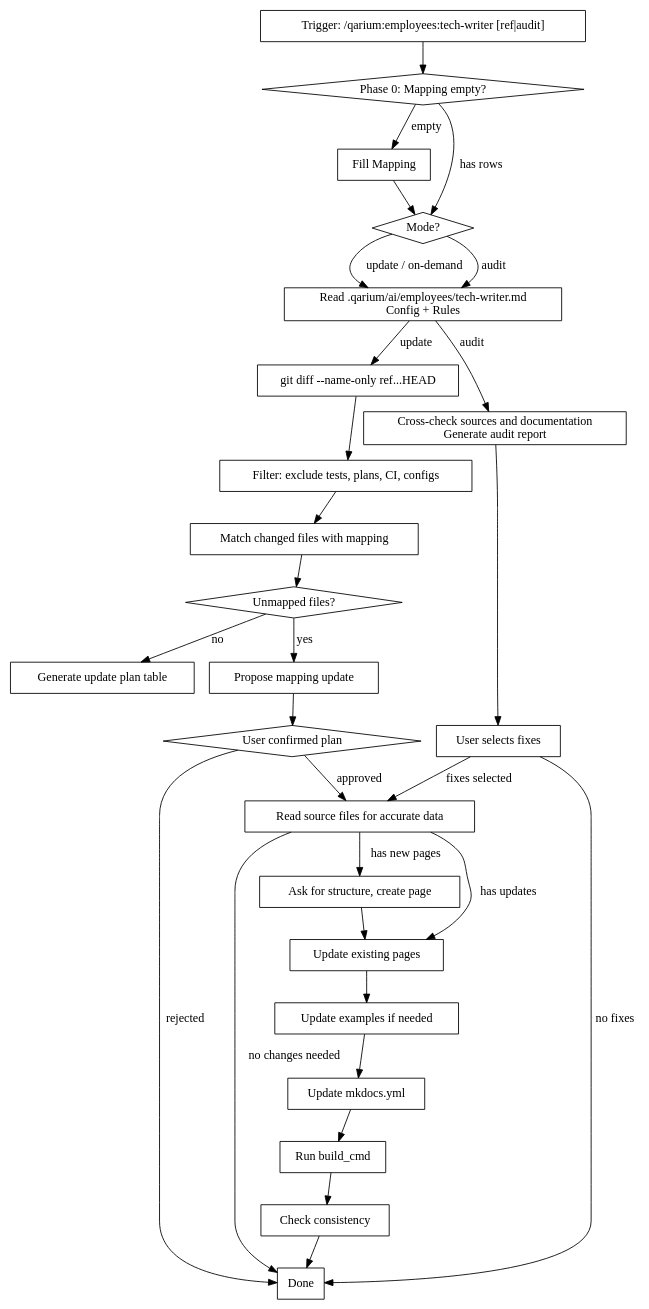
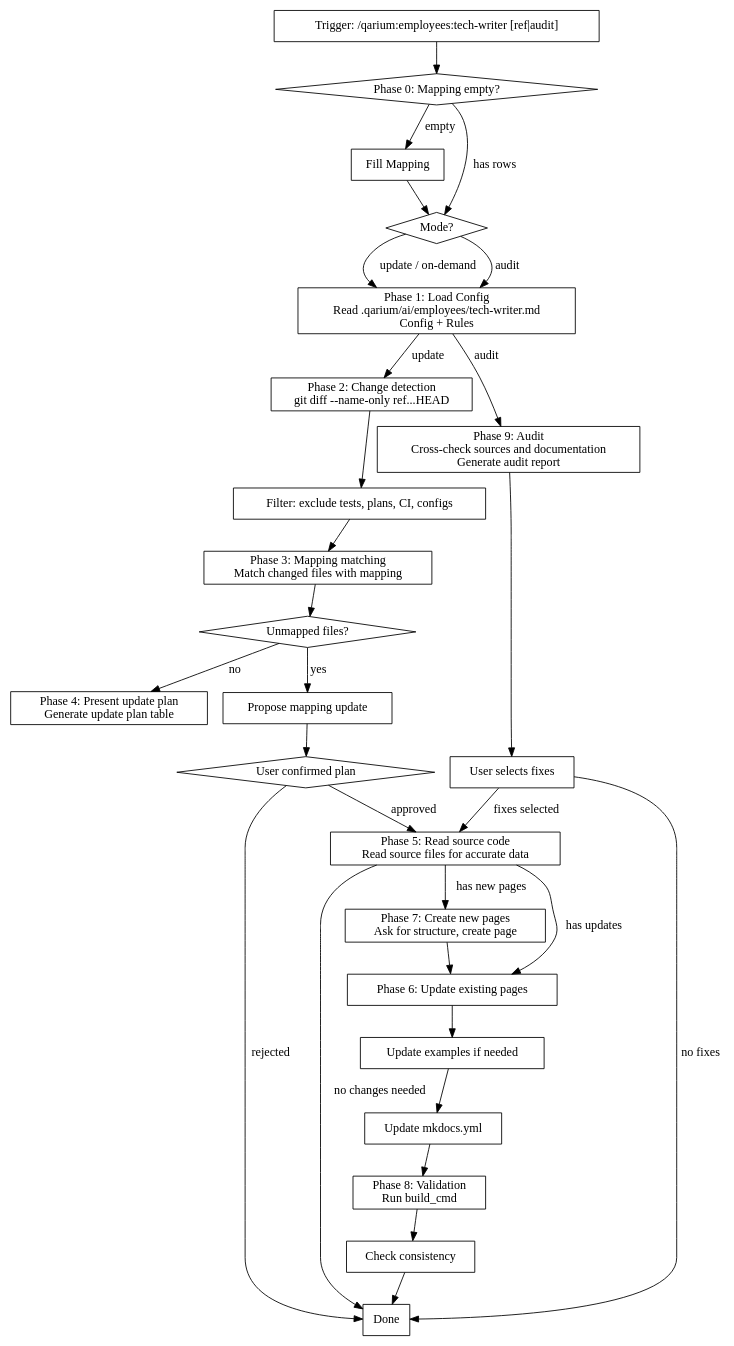
Before and after one commit to qarium/ai-python: the diagram in skills/employees-tech-writer-feature/SKILL.md, drawn with Graphviz. The commit also changed other lines of this file and 9 other files, not shown here.

````diff
--- a/skills/employees-tech-writer-feature/SKILL.md
+++ b/skills/employees-tech-writer-feature/SKILL.md
@@ -24,54 +24,54 @@
 ```dot
 digraph doc_skill {
     rankdir=TB;
     start [label="Trigger: /qarium:employees:tech-writer [ref|audit]" shape=box];
     mapping_check [label="Phase 0: Mapping empty?" shape=diamond];
     fill_mapping [label="Fill Mapping" shape=box];
     mode [label="Mode?" shape=diamond];
-    config [label="Read .qarium/ai/employees/tech-writer.md\nConfig + Rules" shape=box];
-    diff [label="git diff --name-only ref...HEAD" shape=box];
+    config [label="Phase 1: Load Config\nRead .qarium/ai/employees/tech-writer.md\nConfig + Rules" shape=box];
+    diff [label="Phase 2: Change detection\ngit diff --name-only ref...HEAD" shape=box];
     filter [label="Filter: exclude tests, plans, CI, configs" shape=box];
-    map [label="Match changed files with mapping" shape=box];
+    map [label="Phase 3: Mapping matching\nMatch changed files with mapping" shape=box];
     unmapped [label="Unmapped files?" shape=diamond];
     propose [label="Propose mapping update" shape=box];
-    plan [label="Generate update plan table" shape=box];
+    plan [label="Phase 4: Present update plan\nGenerate update plan table" shape=box];
     confirm [label="User confirmed plan" shape=diamond];
-    audit [label="Cross-check sources and documentation\nGenerate audit report" shape=box];
+    audit [label="Phase 9: Audit\nCross-check sources and documentation\nGenerate audit report" shape=box];
     audit_fix [label="User selects fixes" shape=box];
-    read_src [label="Read source files for accurate data" shape=box];
-    new_page [label="Ask for structure, create page" shape=box];
-    update [label="Update existing pages" shape=box];
+    read_src [label="Phase 5: Read source code\nRead source files for accurate data" shape=box];
+    new_page [label="Phase 7: Create new pages\nAsk for structure, create page" shape=box];
+    update [label="Phase 6: Update existing pages" shape=box];
     examples [label="Update examples if needed" shape=box];
     nav [label="Update mkdocs.yml" shape=box];
-    build [label="Run build_cmd" shape=box];
+    build [label="Phase 8: Validation\nRun build_cmd" shape=box];
     review [label="Check consistency" shape=box];
     done [label="Done" shape=box];
 
     start -> mapping_check;
     mapping_check -> fill_mapping [label="empty"];
     mapping_check -> mode [label="has rows"];
     fill_mapping -> mode;
     mode -> config [label="update / on-demand"];
     mode -> config [label="audit"];
     config -> diff [label="update"];
     config -> audit [label="audit"];
     diff -> filter -> map -> unmapped;
     unmapped -> propose [label="yes"];
     propose -> confirm;
     unmapped -> plan [label="no"];
     confirm -> read_src [label="approved"];
     confirm -> done [label="rejected"];
     audit -> audit_fix;
     audit_fix -> read_src [label="fixes selected"];
     audit_fix -> done [label="no fixes"];
     read_src -> new_page [label="has new pages"];
     read_src -> update [label="has updates"];
     read_src -> done [label="no changes needed"];
     new_page -> update;
     update -> examples;
     examples -> nav;
     nav -> build;
     build -> review;
     review -> done;
 }
 ```
````
